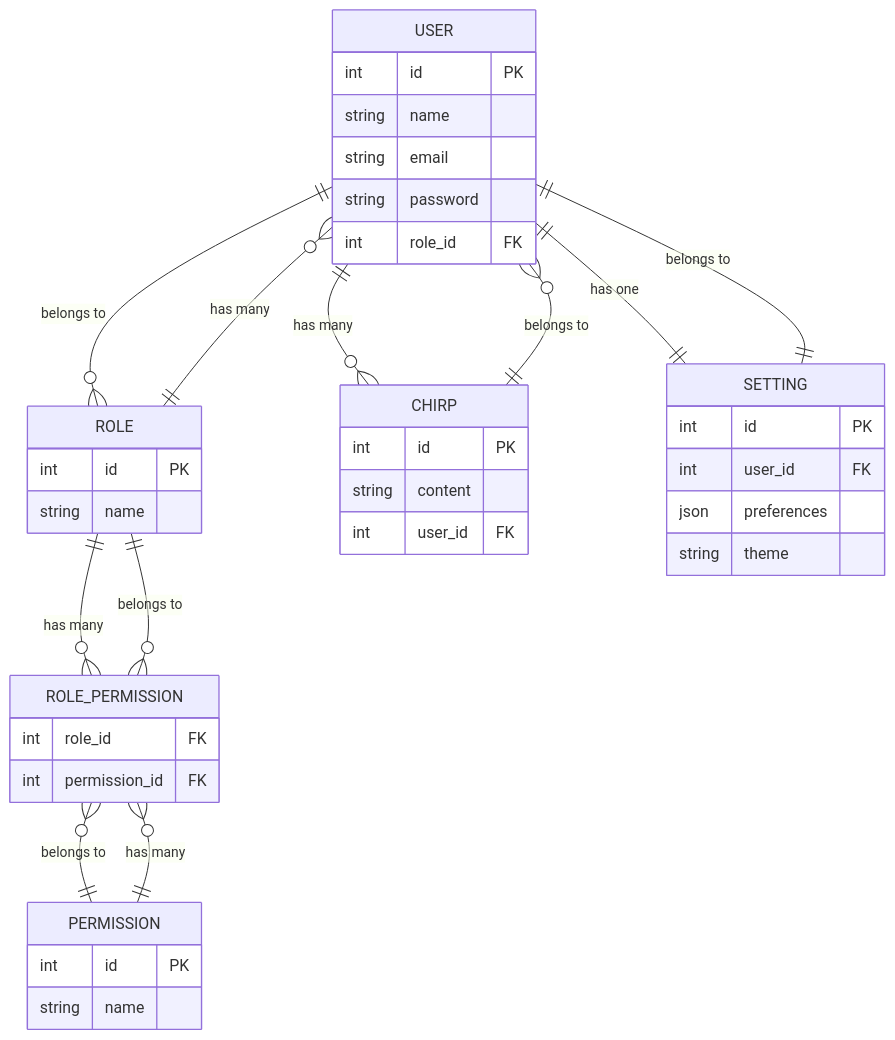
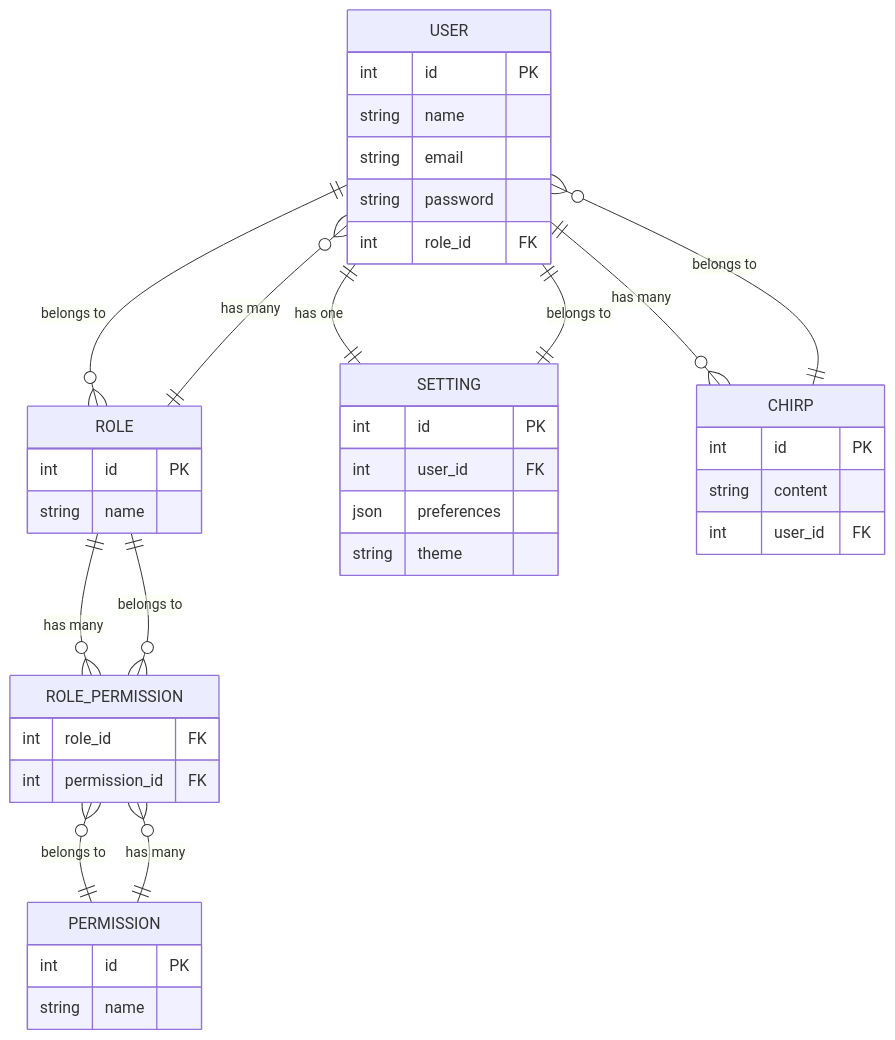
The diagram in README.md (claymence/clay-laravel), drawn with Mermaid before and after one commit.

````diff
--- a/README.md
+++ b/README.md
@@ -29,49 +29,49 @@
 ```mermaid
 erDiagram
     USER {
         int id PK
         string name
         string email
         string password
         int role_id FK
     }
     
     ROLE {
         int id PK
         string name
     }
     
     PERMISSION {
         int id PK
         string name
     }
     
-    CHIRP {
-        int id PK
-        string content
-        int user_id FK
-    }
-    
     ROLE_PERMISSION {
         int role_id FK
         int permission_id FK
     }
     
     SETTING {
         int id PK
         int user_id FK
         json preferences
         string theme
     }
-    
+
+    CHIRP {
+        int id PK
+        string content
+        int user_id FK
+    }
+
     USER ||--o{ ROLE : "belongs to"
     ROLE ||--o{ USER : "has many"
     USER ||--o{ CHIRP : "has many"
     CHIRP ||--o{ USER : "belongs to"
     ROLE ||--o{ ROLE_PERMISSION : "has many"
     PERMISSION ||--o{ ROLE_PERMISSION : "has many"
     ROLE_PERMISSION }o--|| ROLE : "belongs to"
     ROLE_PERMISSION }o--|| PERMISSION : "belongs to"
     USER ||--|| SETTING : "has one"
     SETTING ||--|| USER : "belongs to"
 ```
````
